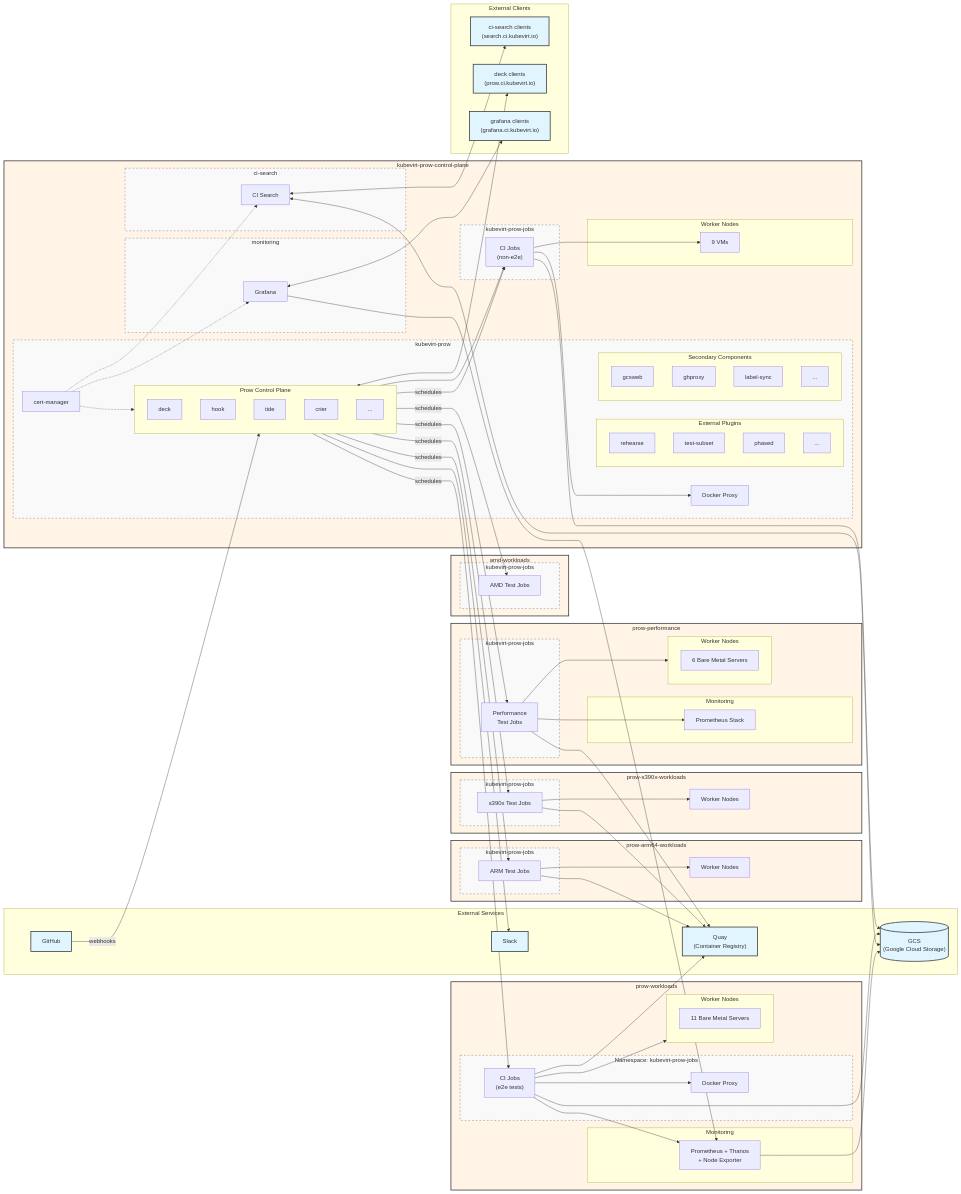
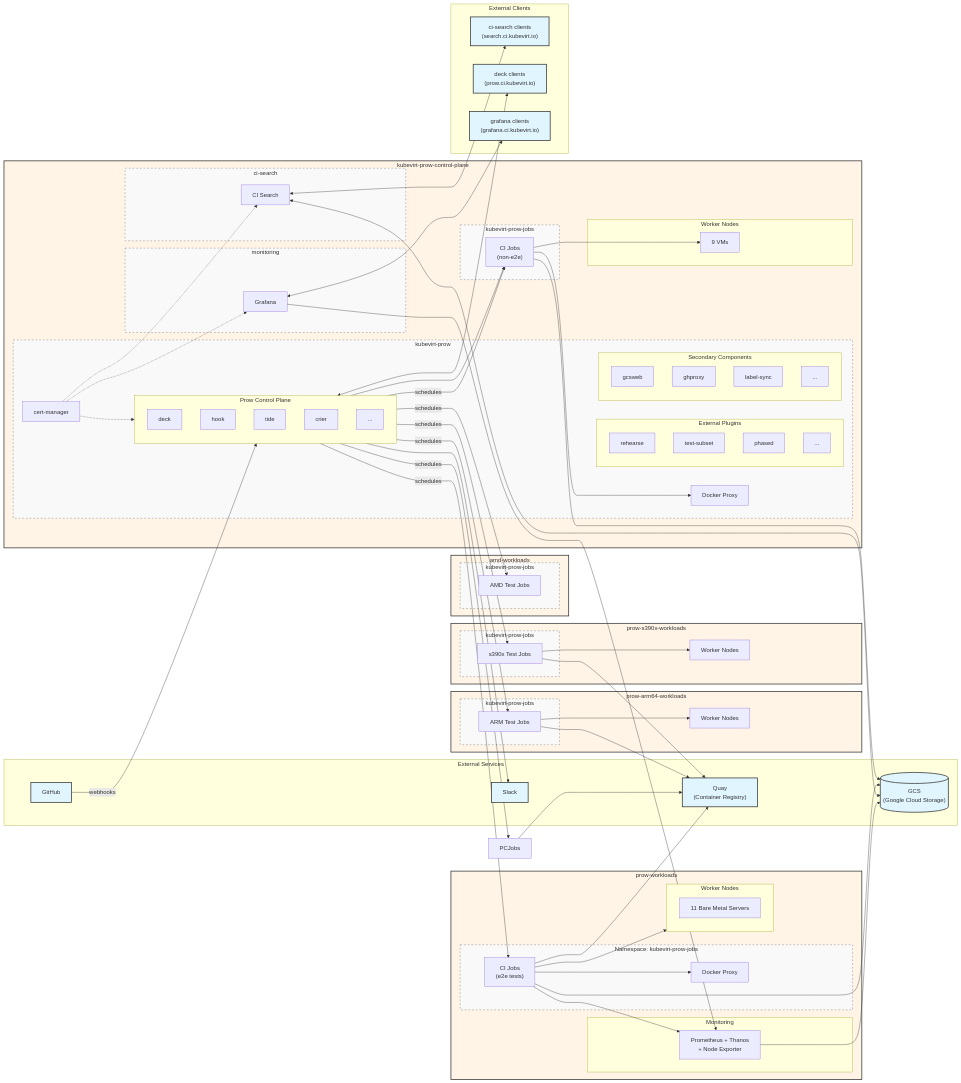
Before and after one commit to kubevirt/project-infra: the diagram in docs/infrastructure-components.md, drawn with Mermaid. The commit also changed other lines of this file and 4 other files, not shown here.

First line of the commit message:
chore(cleanup): remove references to the performance cluster (#5424)

```diff
--- a/docs/infrastructure-components.md
+++ b/docs/infrastructure-components.md
@@ -105,22 +105,6 @@
         S390XJobs --> S390XWorkers
     end
 
-    subgraph PerfCluster["prow-performance"]
-        subgraph PCJobsNS["kubevirt-prow-jobs"]
-            PCJobs["`Performance
-                    Test Jobs`"]
-        end
-        subgraph PCMonitoring["Monitoring"]
-            PCPrometheus["Prometheus Stack"]
-        end
-        subgraph PCWorkers["Worker Nodes"]
-            PCBMs["6 Bare Metal Servers"]
-        end
-
-        PCJobs --> PCPrometheus
-        PCJobs --> PCWorkers
-    end
-
     subgraph AMDCluster["amd-workloads"]
         subgraph AMDJobsNS["kubevirt-prow-jobs"]
             AMDJobs["`AMD Test Jobs`"]
```
